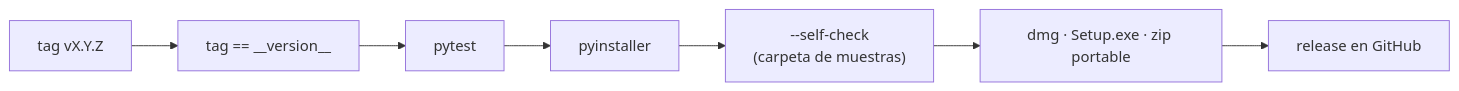
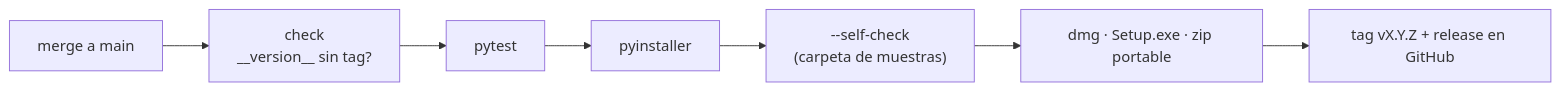
One commit to YERCKEN/tomarkdown changed the diagram in docs/guias/verificar-el-release.md. Above: the diagram before and after it, drawn with Mermaid. The commit also changed other lines of this file and 3 other files, not shown here.

First line of the commit message:
docs: modelo de ramas main/develop y flujo de release

````diff
--- a/docs/guias/verificar-el-release.md
+++ b/docs/guias/verificar-el-release.md
@@ -32,9 +50,9 @@
 ```mermaid
 graph LR;
-    TAG["tag vX.Y.Z"] --> CHK["tag == __version__"];
+    MERGE["merge a main"] --> CHK["check<br/>__version__ sin tag?"];
     CHK --> TEST["pytest"];
     TEST --> PACK["pyinstaller"];
     PACK --> SELF["--self-check<br/>(carpeta de muestras)"];
     SELF --> ART["dmg · Setup.exe · zip portable"];
-    ART --> REL["release en GitHub"];
+    ART --> REL["tag vX.Y.Z + release en GitHub"];
 ```
````
